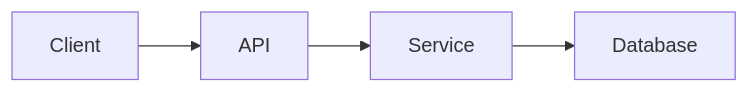
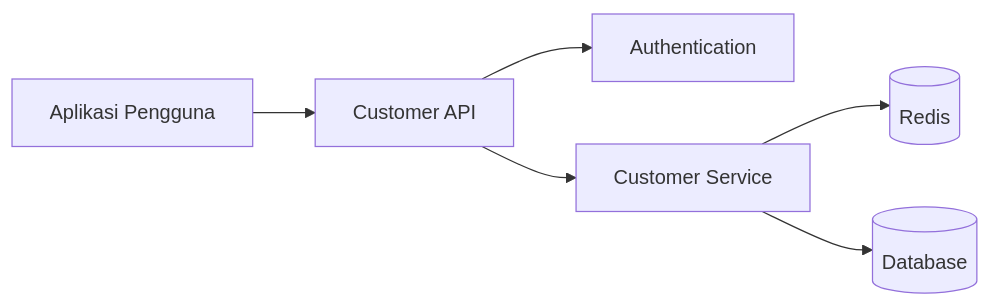
One commit to andi-hafiidh/kiro-steering-and-skills changed the first of 2 diagrams in steering/documentation-standard.md. Above: the diagram before and after it, drawn with Mermaid. The commit also changed other lines of this file and 5 other files, not shown here.

````diff
--- a/steering/documentation-standard.md
+++ b/steering/documentation-standard.md
@@ -489,6 +521,8 @@
 ```mermaid
 flowchart LR
-    Client --> API
-    API --> Service
-    Service --> Database
+    Client[Aplikasi Pengguna] --> API[Customer API]
+    API --> Auth[Authentication]
+    API --> Service[Customer Service]
+    Service --> Cache[(Redis)]
+    Service --> DB[(Database)]
 ```
````
